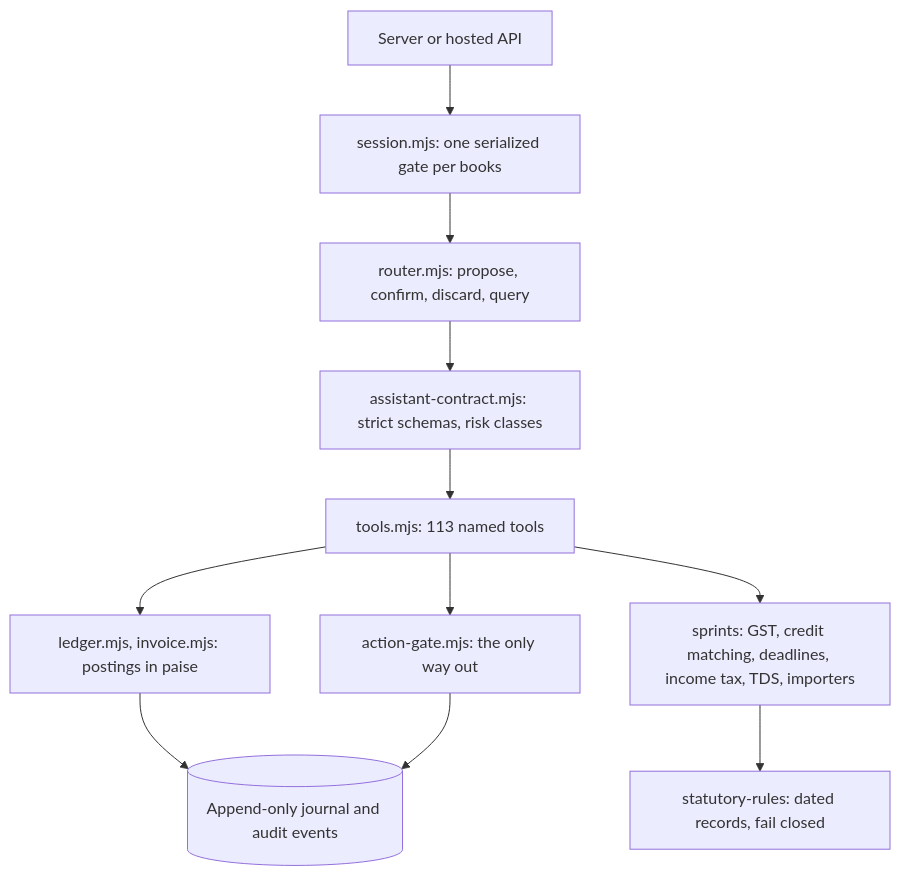
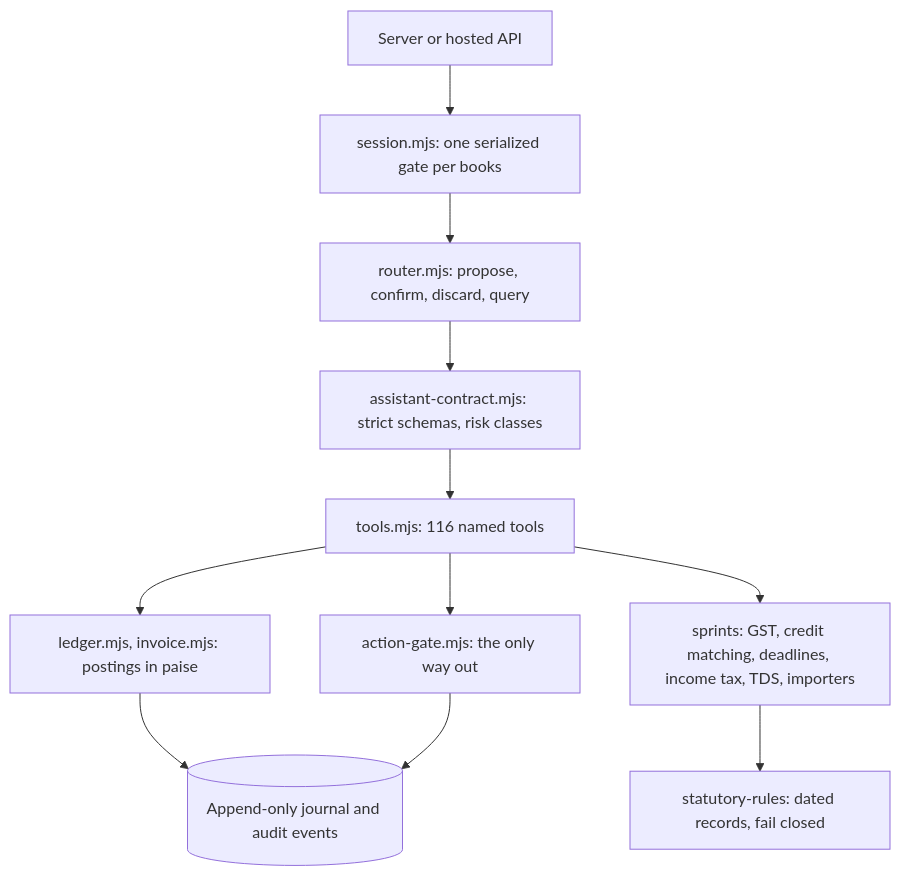
One commit to Vidyuthlabstechnologies/myca changed the second of 3 diagrams in docs/architecture/ARCHITECTURE.md. Above: the diagram before and after it, drawn with Mermaid. The commit also changed other lines of this file and 38 other files, not shown here.

````diff
--- a/docs/architecture/ARCHITECTURE.md
+++ b/docs/architecture/ARCHITECTURE.md
@@ -56,13 +56,13 @@
 ```mermaid
 flowchart TD
   caller[Server or hosted API] --> session[session.mjs: one serialized gate per books]
   session --> router[router.mjs: propose, confirm, discard, query]
   router --> contract[assistant-contract.mjs: strict schemas, risk classes]
-  contract --> tools[tools.mjs: 113 named tools]
+  contract --> tools[tools.mjs: 116 named tools]
   tools --> ledger[ledger.mjs, invoice.mjs: postings in paise]
   tools --> engines[sprints: GST, credit matching, deadlines, income tax, TDS, importers]
   tools --> gate[action-gate.mjs: the only way out]
   engines --> rules[statutory-rules: dated records, fail closed]
   ledger --> journal[(Append-only journal and audit events)]
   gate --> journal
 ```
````
